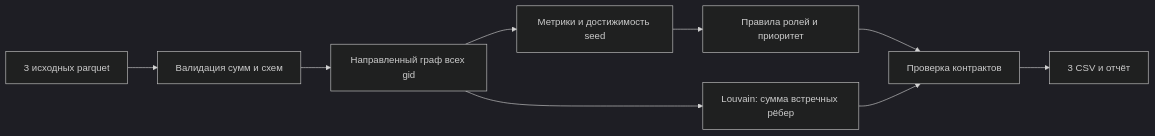
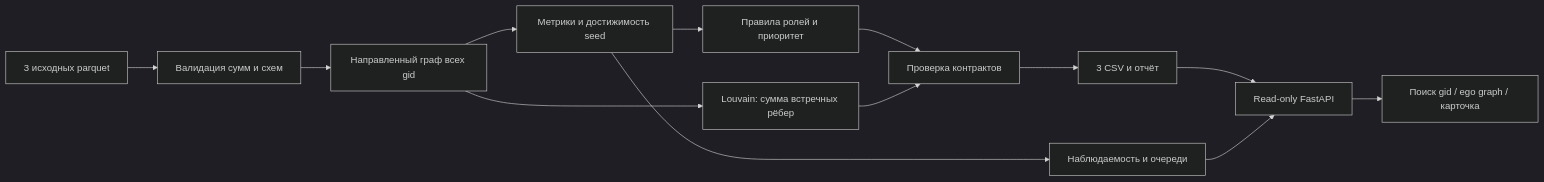
Before and after one commit to BAITC-Hacks/hack-c41412b2-unru-ai: the diagram in README.md, drawn with Mermaid (dark theme). The commit also changed other lines of this file and 10 other files, not shown here.

Commit message:
Add local investigator dashboard with exact GID search and read-only graph API

````diff
--- a/README.md
+++ b/README.md
@@ -146,11 +191,15 @@
 ```mermaid
 flowchart LR
   A[3 исходных parquet] --> B[Валидация сумм и схем]
   B --> C[Направленный граф всех gid]
   C --> D[Метрики и достижимость seed]
   D --> E[Правила ролей и приоритет]
   C --> F[Louvain: сумма встречных рёбер]
   E --> G[Проверка контрактов]
   F --> G
   G --> H[3 CSV и отчёт]
+  H --> I[Read-only FastAPI]
+  D --> J[Наблюдаемость и очереди]
+  J --> I
+  I --> K[Поиск gid / ego graph / карточка]
 ```
````
